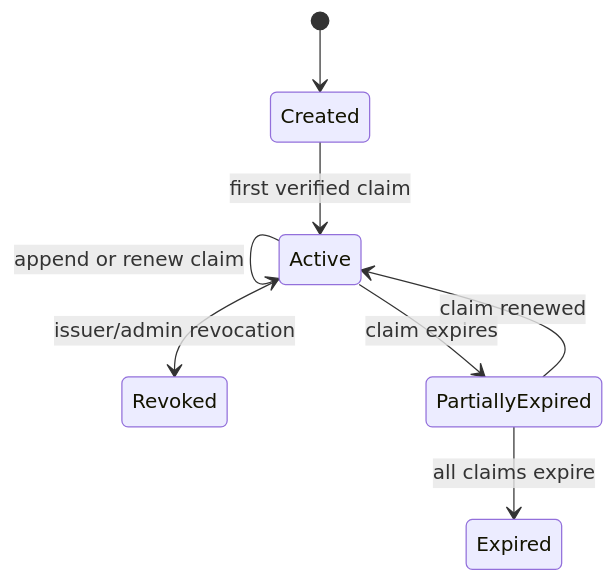
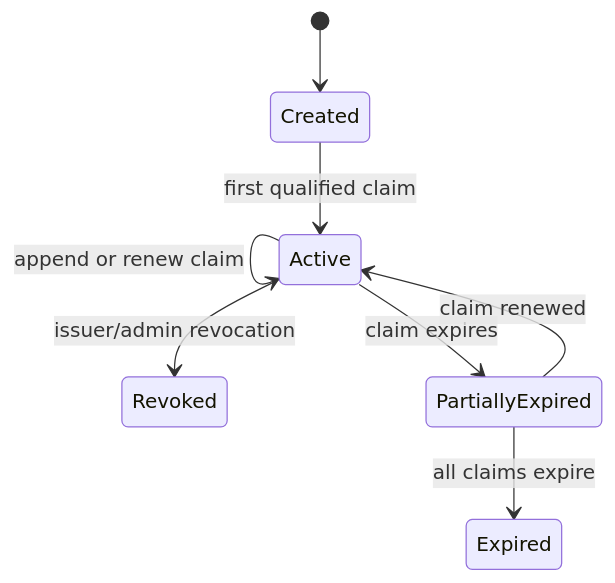
Before and after one commit to Agozie180/ForgePass: the fourth of 5 diagrams in docs/BLUEPRINT.md, drawn with Mermaid. The commit also changed other lines of this file and 18 other files, not shown here.

````diff
--- a/docs/BLUEPRINT.md
+++ b/docs/BLUEPRINT.md
@@ -299,10 +299,10 @@
 ```mermaid
 stateDiagram-v2
     [*] --> Created
-    Created --> Active: first verified claim
+    Created --> Active: first qualified claim
     Active --> Active: append or renew claim
     Active --> PartiallyExpired: claim expires
     PartiallyExpired --> Active: claim renewed
     Active --> Revoked: issuer/admin revocation
     PartiallyExpired --> Expired: all claims expire
 ```
````
